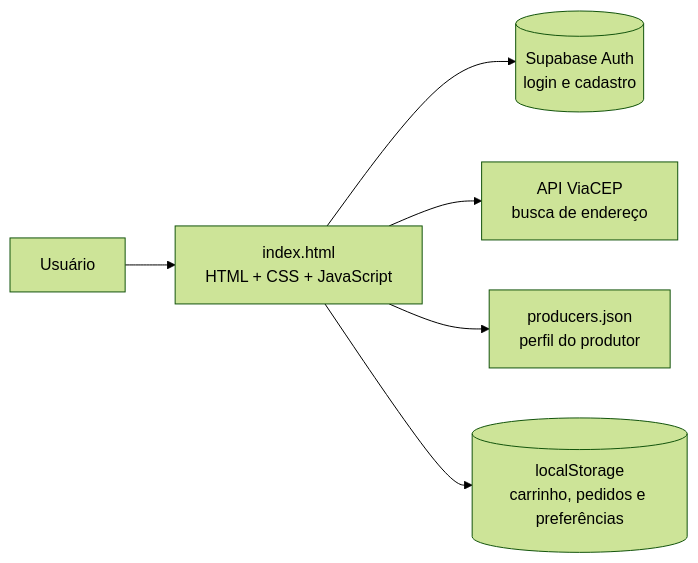
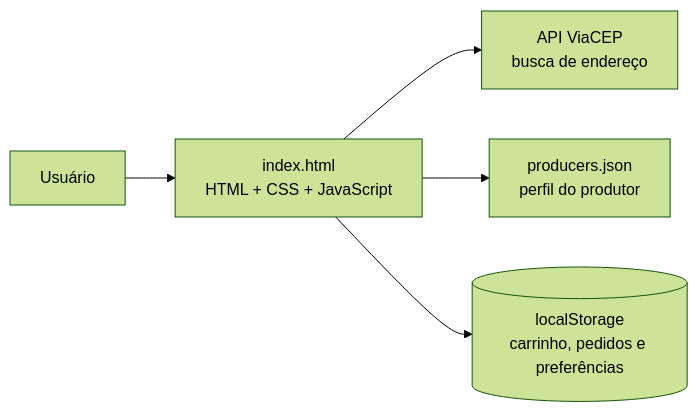
The diagram in README.md (evellyn-lira/CodeHorizon), drawn with Mermaid (forest theme) before and after one commit.

````diff
--- a/README.md
+++ b/README.md
@@ -226,8 +226,7 @@
 ```mermaid
 flowchart LR
     U[Usuário] --> F["index.html<br/>HTML + CSS + JavaScript"]
-    F --> S[("Supabase Auth<br/>login e cadastro")]
     F --> V["API ViaCEP<br/>busca de endereço"]
     F --> P["producers.json<br/>perfil do produtor"]
     F --> L[("localStorage<br/>carrinho, pedidos e preferências")]
 ```
````
